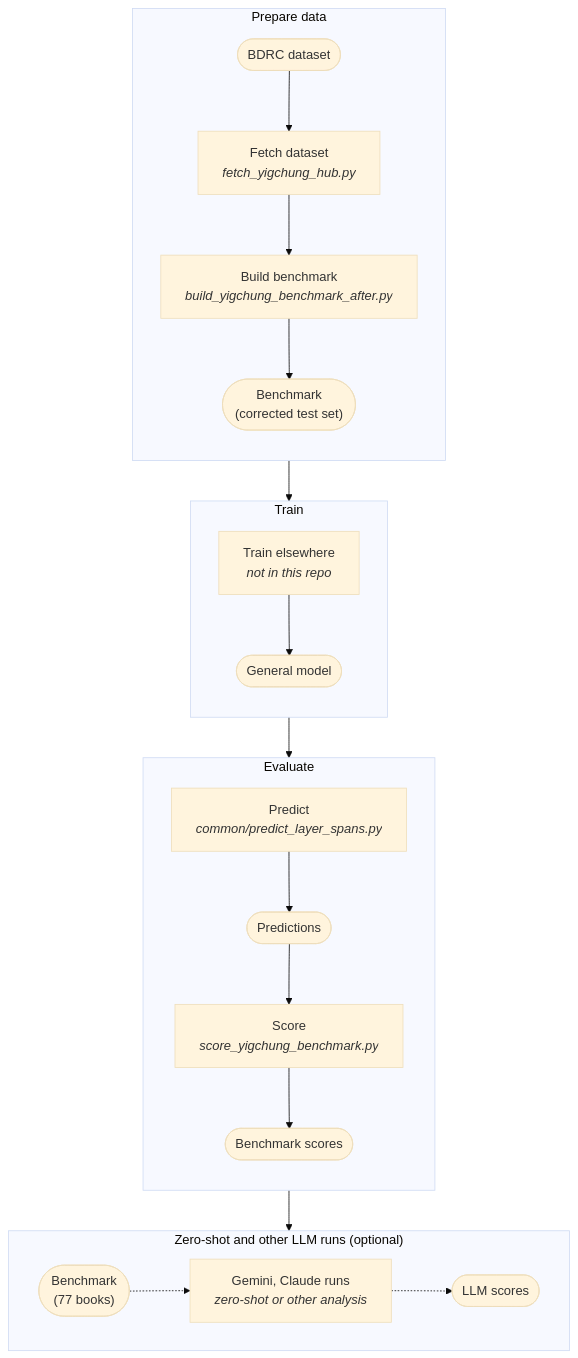
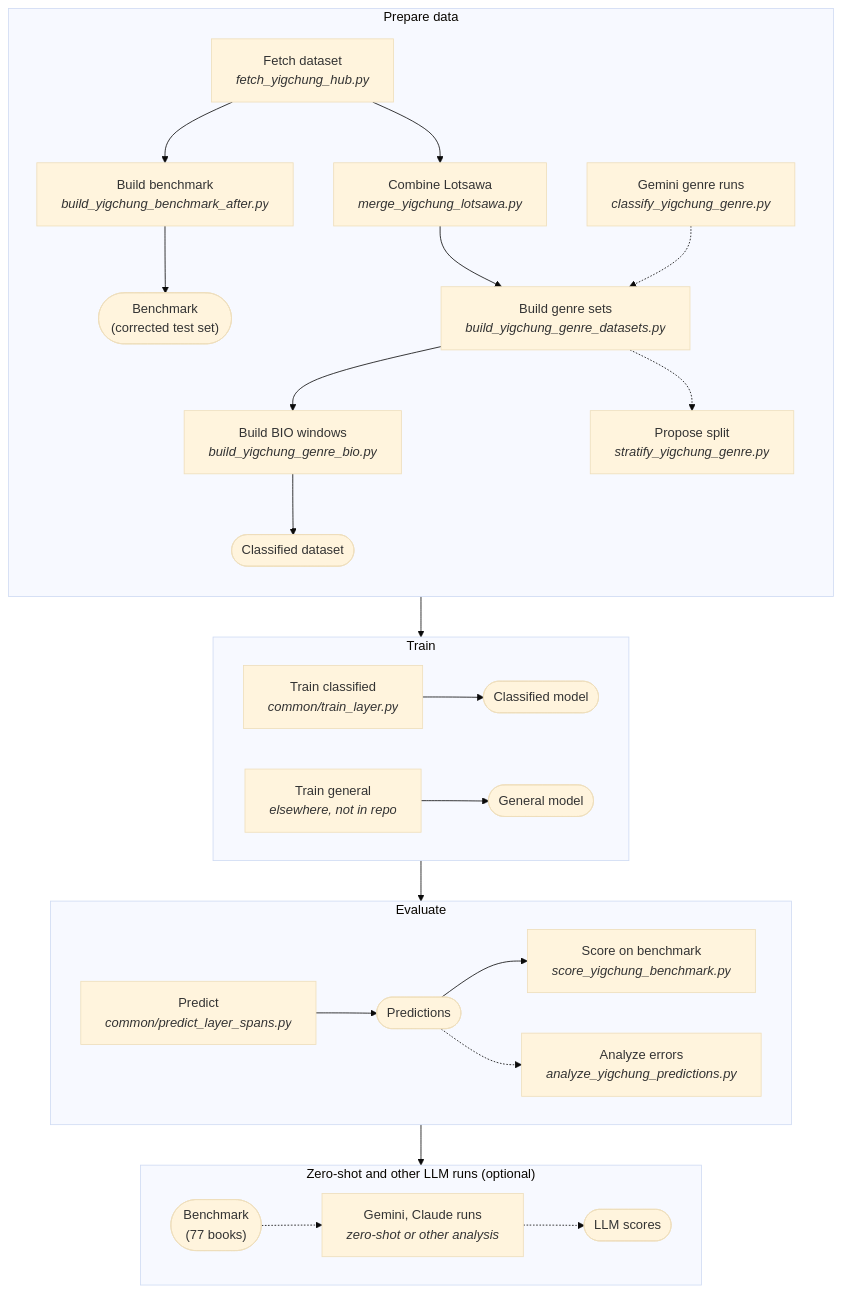
The diagram in yigchung/docs/pipeline.mmd (tenzinyonten/tibetan-layer-detection), drawn with Mermaid (base theme) before and after one commit. The commit also changed 4 other files, not shown here.

Commit message:
Yigchung: one flowchart covering both systems

```diff
--- a/yigchung/docs/pipeline.mmd
+++ b/yigchung/docs/pipeline.mmd
@@ -1,26 +1,32 @@
 %%{init: {"flowchart": {"htmlLabels": false}}}%%
 flowchart TD
   subgraph PREP["Prepare data"]
     direction TB
-    F1(["BDRC dataset"]) --> S1["Fetch dataset<br/><i>fetch_yigchung_hub.py</i>"]
-    S1 --> S2["Build benchmark<br/><i>build_yigchung_benchmark_after.py</i>"]
-    S2 --> F2(["Benchmark<br/>(corrected test set)"])
+    S1["Fetch dataset<br/><i>fetch_yigchung_hub.py</i>"] --> S2["Build benchmark<br/><i>build_yigchung_benchmark_after.py</i>"]
+    S2 --> F1(["Benchmark<br/>(corrected test set)"])
+    S1 --> S3["Combine Lotsawa<br/><i>merge_yigchung_lotsawa.py</i>"]
+    S3 --> S4["Build genre sets<br/><i>build_yigchung_genre_datasets.py</i>"]
+    G["Gemini genre runs<br/><i>classify_yigchung_genre.py</i>"] -.-> S4
+    S4 --> S5["Build BIO windows<br/><i>build_yigchung_genre_bio.py</i>"]
+    S5 --> F2(["Classified dataset"])
+    S4 -.-> S6["Propose split<br/><i>stratify_yigchung_genre.py</i>"]
   end
   subgraph TRAIN["Train"]
-    direction TB
-    T1["Train elsewhere<br/><i>not in this repo</i>"] --> F3(["General model"])
+    direction LR
+    T1["Train classified<br/><i>common/train_layer.py</i>"] --> F3(["Classified model"])
+    T2["Train general<br/><i>elsewhere, not in repo</i>"] --> F4(["General model"])
   end
   subgraph EVAL["Evaluate"]
-    direction TB
-    E1["Predict<br/><i>common/predict_layer_spans.py</i>"] --> F4(["Predictions"])
-    F4 --> E2["Score<br/><i>score_yigchung_benchmark.py</i>"]
-    E2 --> F5(["Benchmark scores"])
+    direction LR
+    E1["Predict<br/><i>common/predict_layer_spans.py</i>"] --> F5(["Predictions"])
+    F5 --> E2["Score on benchmark<br/><i>score_yigchung_benchmark.py</i>"]
+    F5 -.-> E3["Analyze errors<br/><i>analyze_yigchung_predictions.py</i>"]
   end
   subgraph BASE["Zero-shot and other LLM runs (optional)"]
     direction LR
     B2(["Benchmark<br/>(77 books)"]) -.-> Z1["Gemini, Claude runs<br/><i>zero-shot or other analysis</i>"]
     Z1 -.-> Z2(["LLM scores"])
   end
   PREP --> TRAIN
   TRAIN --> EVAL
   EVAL --> BASE
```
